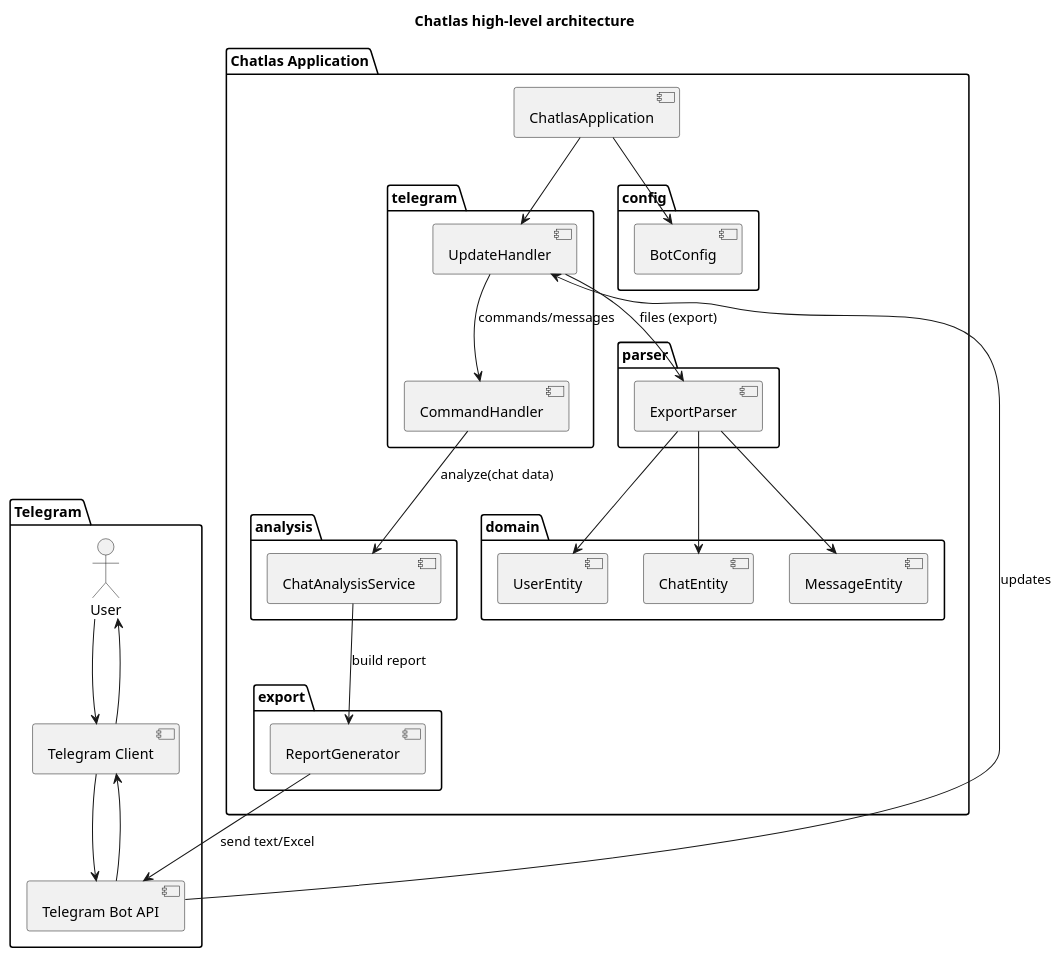
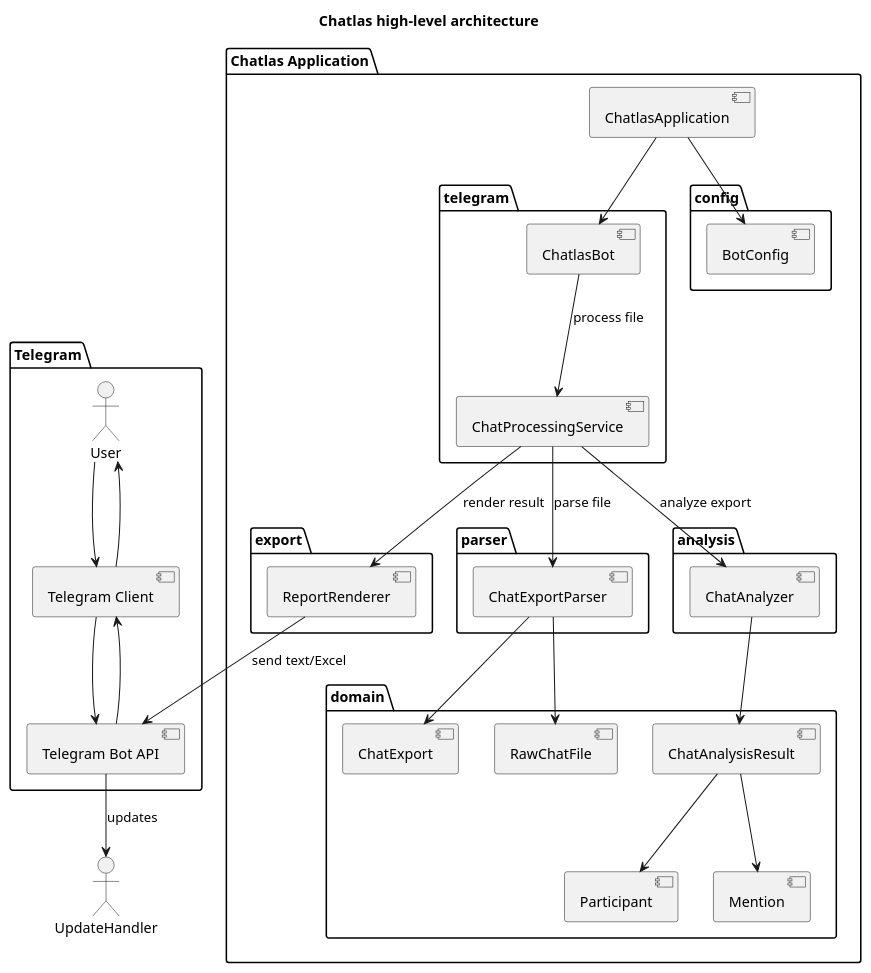
Before and after one commit to vspochernin/chatlas: the diagram in docs/diagrams/architecture.puml, drawn with PlantUML. The commit also changed 17 other files, not shown here.

```diff
--- a/docs/diagrams/architecture.puml
+++ b/docs/diagrams/architecture.puml
@@ -1,62 +1,66 @@
 @startuml chatlas_architecture
 title Chatlas high-level architecture
 
 package "Telegram" {
   actor "User" as User
   [Telegram Client] as TgClient
   [Telegram Bot API] as TgAPI
 }
 
 package "Chatlas Application" {
   [ChatlasApplication] as App
 
   package "telegram" {
-    [UpdateHandler] as UpdateHandler
-    [CommandHandler] as CommandHandler
+    [ChatlasBot] as Bot
+    [ChatProcessingService] as ProcessingService
   }
 
   package "parser" {
-    [ExportParser] as ExportParser
+    [ChatExportParser] as Parser
   }
 
   package "analysis" {
-    [ChatAnalysisService] as Analysis
+    [ChatAnalyzer] as Analyzer
   }
 
   package "export" {
-    [ReportGenerator] as ReportGen
+    [ReportRenderer] as Renderer
   }
 
   package "domain" {
-    [UserEntity] as UserEntity
-    [ChatEntity] as ChatEntity
-    [MessageEntity] as MessageEntity
+    [RawChatFile] as RawFile
+    [ChatExport] as ChatExport
+    [Participant] as Participant
+    [Mention] as Mention
+    [ChatAnalysisResult] as AnalysisResult
   }
 
   package "config" {
     [BotConfig] as BotConfig
   }
 }
 
 User --> TgClient
 TgClient --> TgAPI
 TgAPI --> UpdateHandler : updates
 
 App --> BotConfig
-App --> UpdateHandler
+App --> Bot
 
-UpdateHandler --> CommandHandler : commands/messages
-UpdateHandler --> ExportParser : files (export)
+Bot --> ProcessingService : process file
 
-ExportParser --> MessageEntity
-ExportParser --> UserEntity
-ExportParser --> ChatEntity
+ProcessingService --> Parser : parse file
+Parser --> ChatExport
+Parser --> RawFile
 
-CommandHandler --> Analysis : analyze(chat data)
-Analysis --> ReportGen : build report
+ProcessingService --> Analyzer : analyze export
+Analyzer --> AnalysisResult
+AnalysisResult --> Participant
+AnalysisResult --> Mention
 
-ReportGen --> TgAPI : send text/Excel
+ProcessingService --> Renderer : render result
+Renderer --> TgAPI : send text/Excel
 TgAPI --> TgClient
 TgClient --> User
 
 @enduml
```
